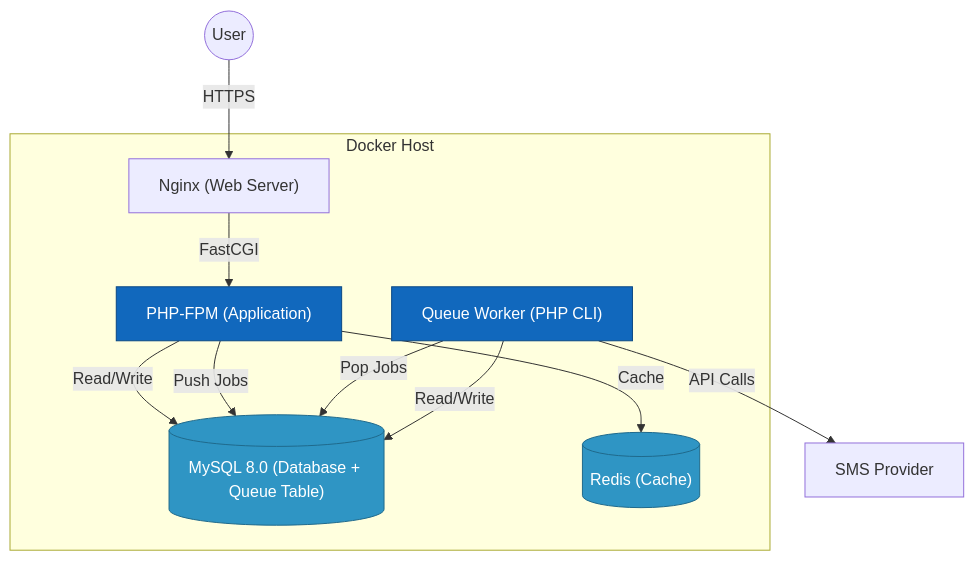
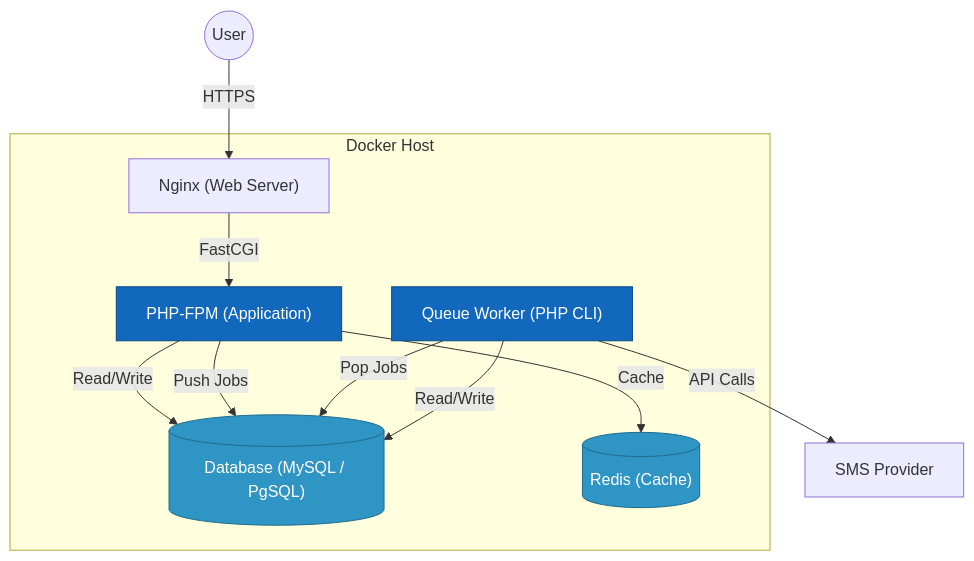
The second of 3 diagrams in docs/ARCHITECTURE.md (WarLikeLaux/yii2-book-catalog), drawn with Mermaid before and after one commit. The commit also changed other lines of this file and 3 other files, not shown here.

````diff
--- a/docs/ARCHITECTURE.md
+++ b/docs/ARCHITECTURE.md
@@ -65,30 +65,30 @@
 ```mermaid
 graph TD
     User((User))
     
     subgraph DockerHost ["Docker Host"]
         Nginx["Nginx (Web Server)"]
         PHP["PHP-FPM (Application)"]
         Worker["Queue Worker (PHP CLI)"]
-        DB[("MySQL 8.0 (Database + Queue Table)")]
+        DB[("Database (MySQL / PgSQL)")]
         Redis[("Redis (Cache)")]
     end
     
     SMS["SMS Provider"]
 
     User -- HTTPS --> Nginx
     Nginx -- FastCGI --> PHP
     
     PHP -- Read/Write --> DB
     PHP -- Push Jobs --> DB
     PHP -- Cache --> Redis
     
     Worker -- Pop Jobs --> DB
     Worker -- Read/Write --> DB
     Worker -- API Calls --> SMS
     
     style PHP fill:#1168bd,stroke:#0b4884,color:#ffffff
     style Worker fill:#1168bd,stroke:#0b4884,color:#ffffff
     style DB fill:#2f95c4,stroke:#206a8c,color:#ffffff
     style Redis fill:#2f95c4,stroke:#206a8c,color:#ffffff
 ```
````
